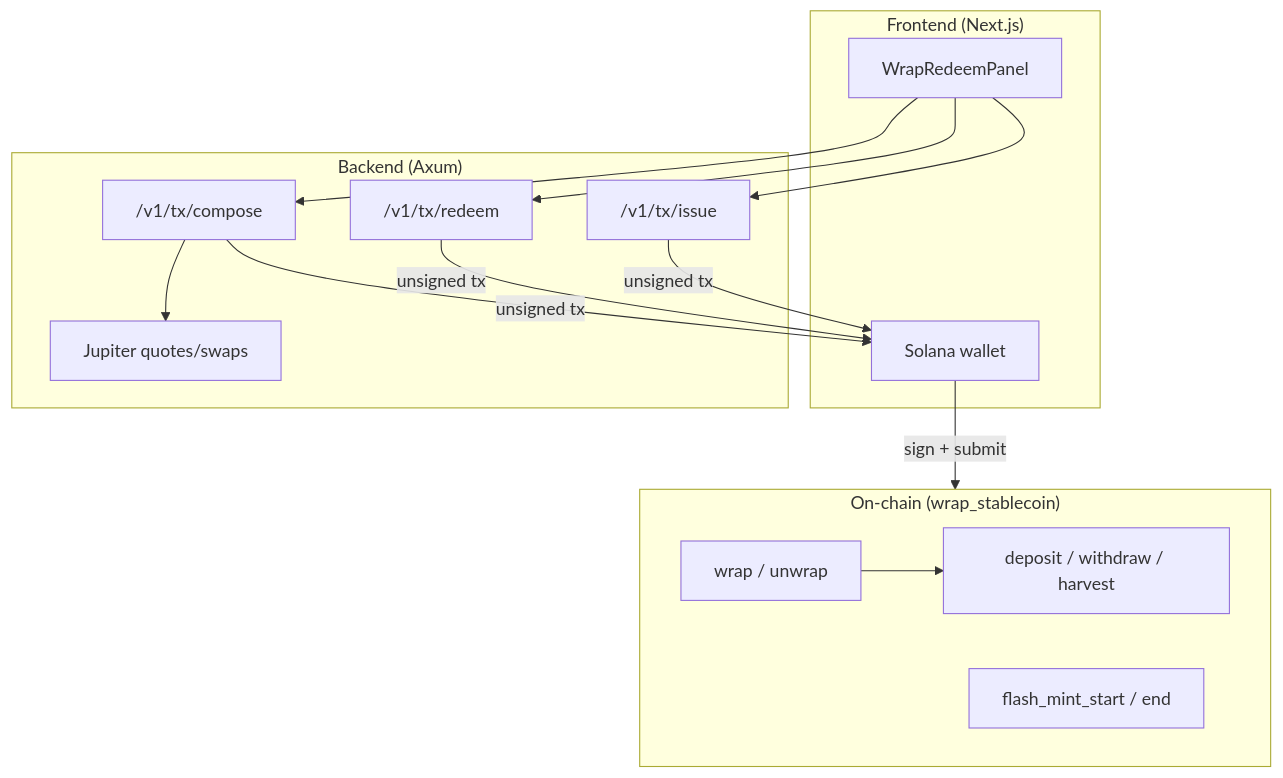
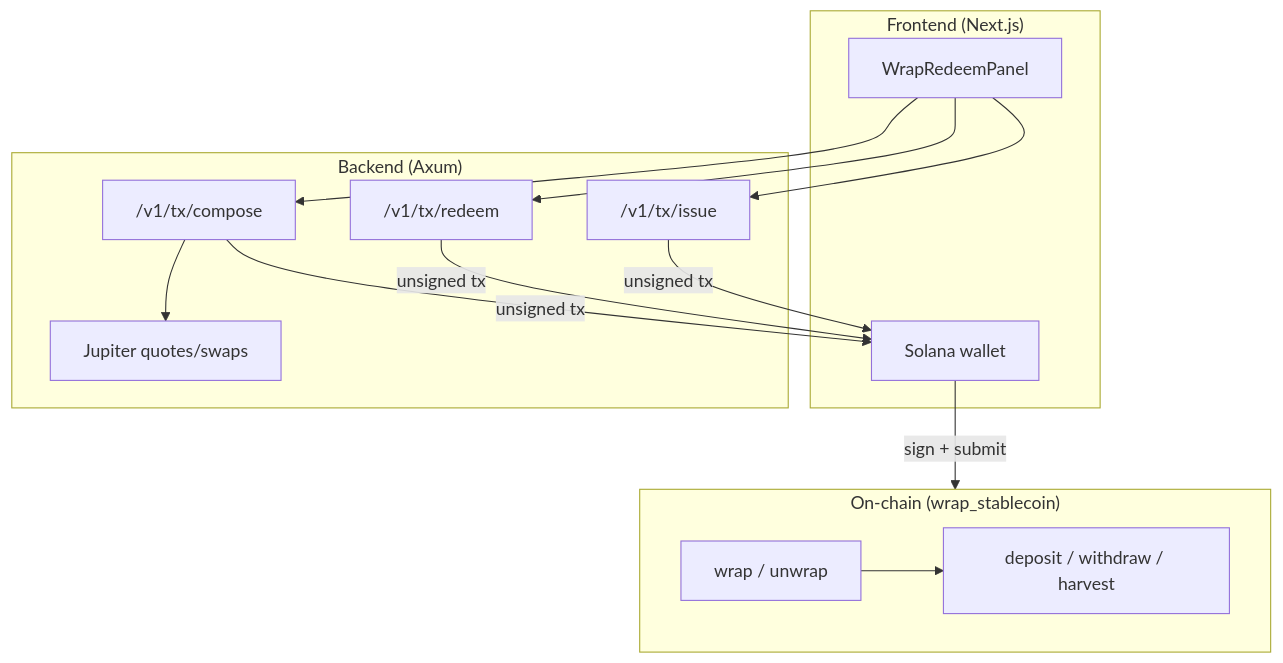
The first of 5 diagrams in wiki/Architecture.md (eregion-labs/wrap-stablecoin), drawn with Mermaid before and after one commit. The commit also changed other lines of this file and 43 other files, not shown here.

````diff
--- a/wiki/Architecture.md
+++ b/wiki/Architecture.md
@@ -7,26 +7,25 @@
 ```mermaid
 flowchart TB
     subgraph UI["Frontend (Next.js)"]
         Wallet[Solana wallet]
         Panel[WrapRedeemPanel]
     end
 
     subgraph API["Backend (Axum)"]
         Issue["/v1/tx/issue"]
         Redeem["/v1/tx/redeem"]
         Compose["/v1/tx/compose"]
         Jupiter[Jupiter quotes/swaps]
     end
 
     subgraph Chain["On-chain (wrap_stablecoin)"]
         Wrap[wrap / unwrap]
         KLend[deposit / withdraw / harvest]
-        Flash[flash_mint_start / end]
     end
 
     Panel --> Issue & Redeem & Compose
     Compose --> Jupiter
     Issue & Redeem & Compose -->|unsigned tx| Wallet
     Wallet -->|sign + submit| Chain
     Wrap --> KLend
 ```
````
